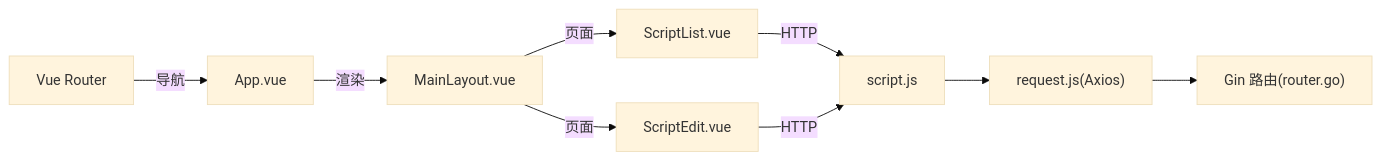
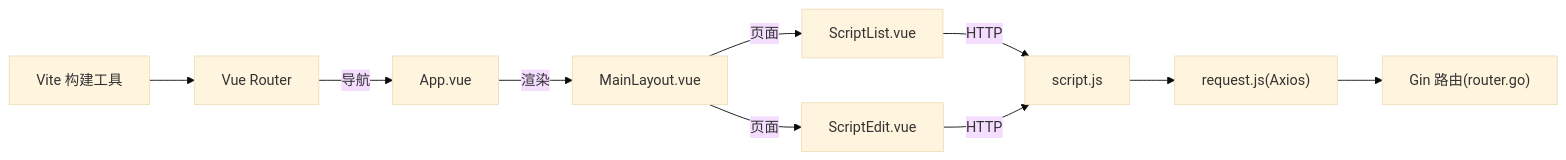
Before and after one commit to Liyuhao02/Jmeter-Admin: the third of 3 diagrams in .qoder/repowiki/zh/content/前端架构设计/路由配置.md, drawn with Mermaid (base theme). The commit also changed other lines of this file and 6 other files, not shown here.

````diff
--- a/.qoder/repowiki/zh/content/前端架构设计/路由配置.md
+++ b/.qoder/repowiki/zh/content/前端架构设计/路由配置.md
@@ -229,11 +265,12 @@
 ```mermaid
 graph LR
 VR["Vue Router"] --> |导航| APP["App.vue"]
 APP --> |渲染| LAYOUT["MainLayout.vue"]
 LAYOUT --> |页面| SCRIPTLIST["ScriptList.vue"]
 LAYOUT --> |页面| SCRIPTEDIT["ScriptEdit.vue"]
 SCRIPTLIST --> |HTTP| API["script.js"]
 SCRIPTEDIT --> |HTTP| API
 API --> AX["request.js(Axios)"]
 AX --> BE["Gin 路由(router.go)"]
+VITE["Vite 构建工具"] --> VR
 ```
````
